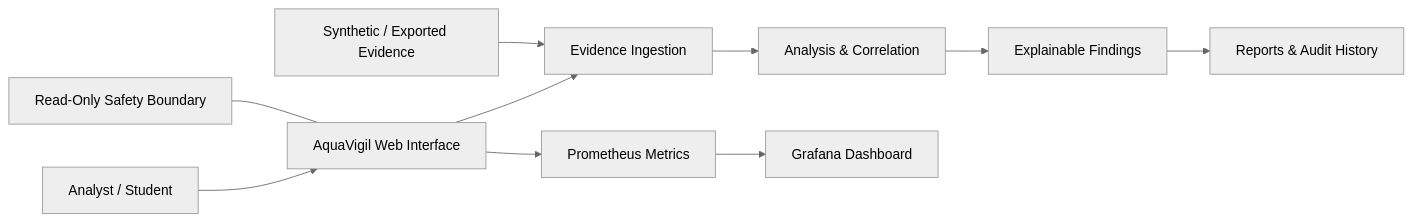
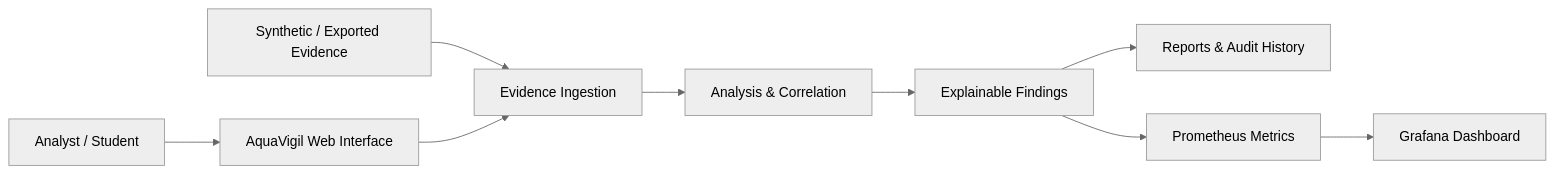
The first of 8 diagrams in README.md (HaziqBinAfzal/AquaVigil), drawn with Mermaid (neutral theme) before and after one commit. The commit also changed other lines of this file, not shown here.

````diff
--- a/README.md
+++ b/README.md
@@ -75,12 +218,13 @@
 ```mermaid
 flowchart LR
-    U[Analyst / Student] --> UI[AquaVigil Web Interface]
-    UI --> ING[Evidence Ingestion]
-    ING --> ANA[Analysis & Correlation]
-    ANA --> FIND[Explainable Findings]
-    FIND --> REP[Reports & Audit History]
-    UI --> MET[Prometheus Metrics]
-    MET --> GRA[Grafana Dashboard]
-    SYN[Synthetic / Exported Evidence] --> ING
-    SAFE[Read-Only Safety Boundary] --- UI
+    A["Analyst / Student"] --> B["AquaVigil Web Interface"]
+    C["Synthetic / Exported Evidence"] --> D["Evidence Ingestion"]
+
+    B --> D
+    D --> E["Analysis & Correlation"]
+    E --> F["Explainable Findings"]
+
+    F --> G["Reports & Audit History"]
+    F --> H["Prometheus Metrics"]
+    H --> I["Grafana Dashboard"]
 ```
````
